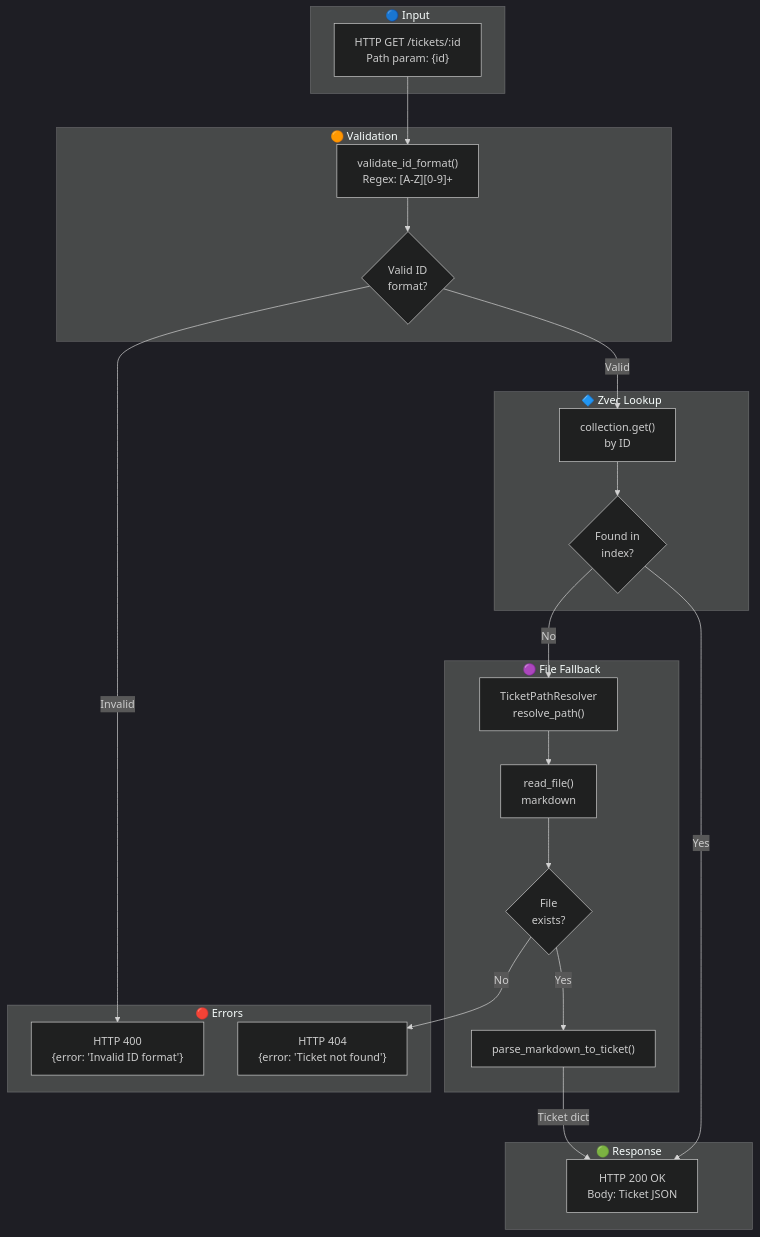
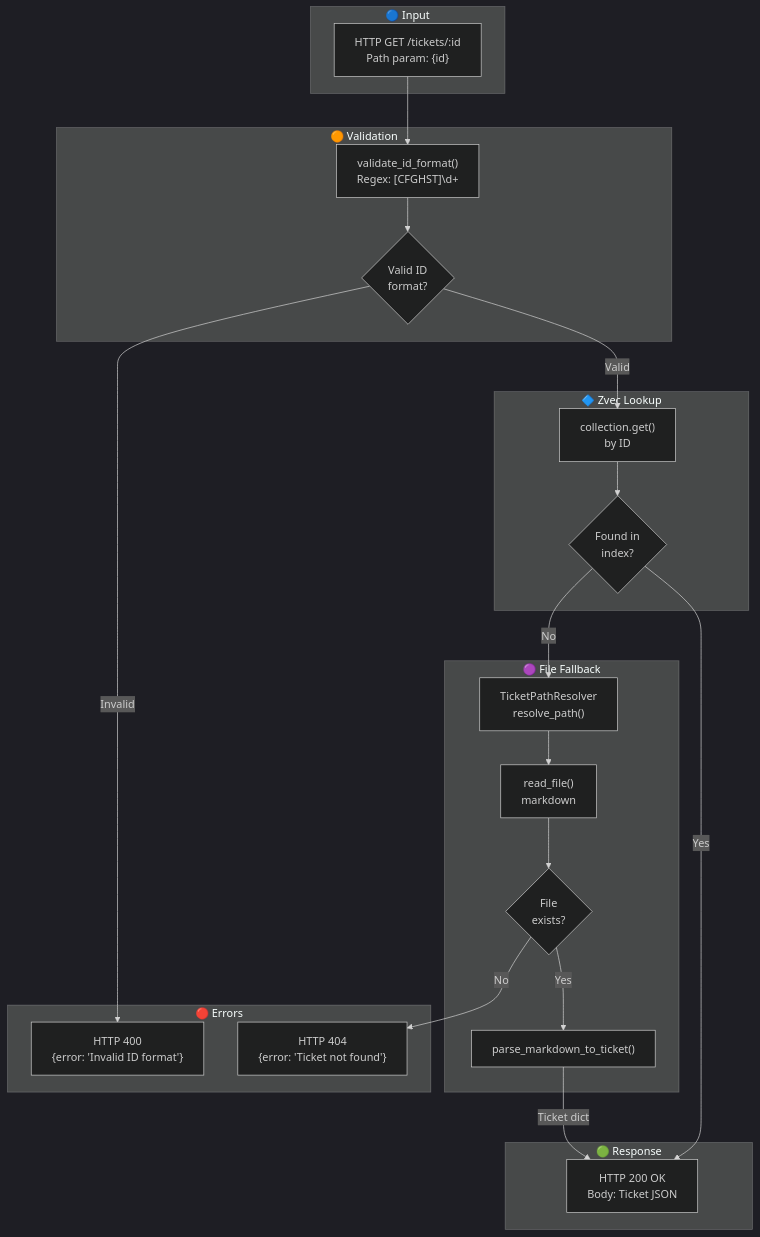
The second of 7 diagrams in DATA_FLOWS_OPERATIONS.md (ejacklab/vtic), drawn with Mermaid (dark theme) before and after one commit. The commit also changed other lines of this file and 12 other files, not shown here.

````diff
--- a/DATA_FLOWS_OPERATIONS.md
+++ b/DATA_FLOWS_OPERATIONS.md
@@ -125,47 +125,47 @@
 ```mermaid
 flowchart TD
     subgraph Input["🔵 Input"]
         A["HTTP GET /tickets/:id<br/>Path param: {id}"]
     end
 
     subgraph Validation["🟠 Validation"]
-        B["validate_id_format()<br/>Regex: [A-Z][0-9]+"]
+        B["validate_id_format()<br/>Regex: [CFGHST]\d+"]
         B1{"Valid ID<br/>format?"}
     end
 
     subgraph ZvecFetch["🔷 Zvec Lookup"]
         C["collection.get()<br/>by ID"]
         C1{"Found in<br/>index?"}
     end
 
     subgraph FileFetch["🟣 File Fallback"]
         D["TicketPathResolver<br/>resolve_path()"]
         E["read_file()<br/>markdown"]
         F["parse_markdown_to_ticket()"]
         F1{"File<br/>exists?"}
     end
 
     subgraph Response["🟢 Response"]
         G["HTTP 200 OK<br/>Body: Ticket JSON"]
     end
 
     subgraph Errors["🔴 Errors"]
         E400["HTTP 400<br/>{error: 'Invalid ID format'}"]
         E404["HTTP 404<br/>{error: 'Ticket not found'}"]
     end
 
     A --> B
     B --> B1
     B1 -->|"Invalid"| E400
     B1 -->|"Valid"| C
     
     C --> C1
     C1 -->|"Yes"| G
     C1 -->|"No"| D
     
     D --> E
     E --> F1
     F1 -->|"No"| E404
     F1 -->|"Yes"| F
     F -->|"Ticket dict"| G
 ```
````
